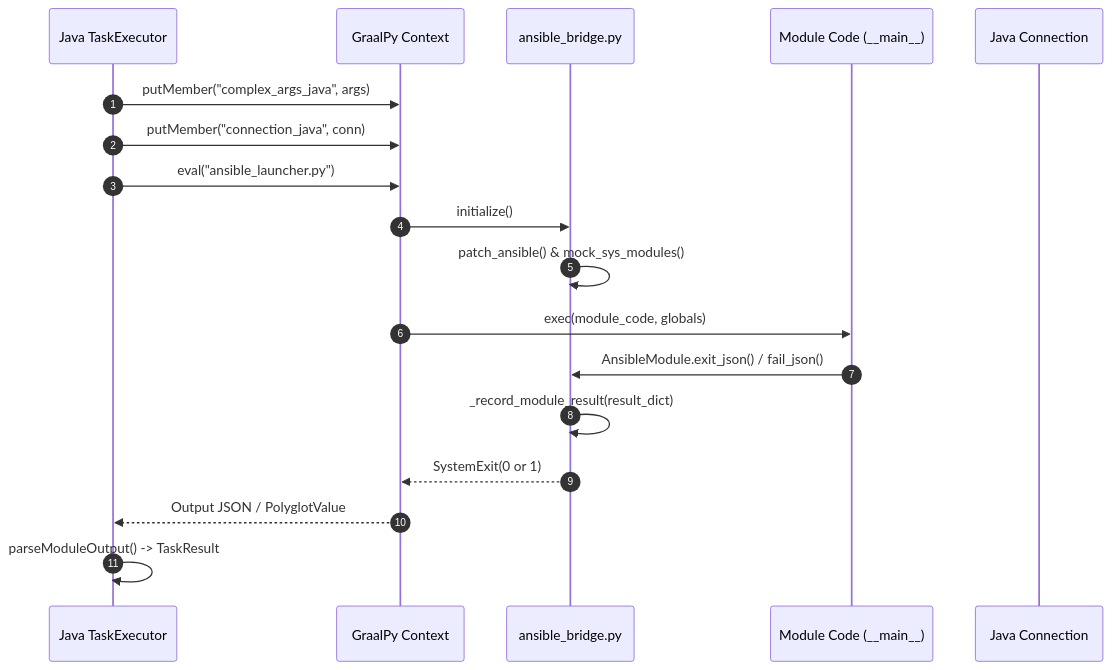
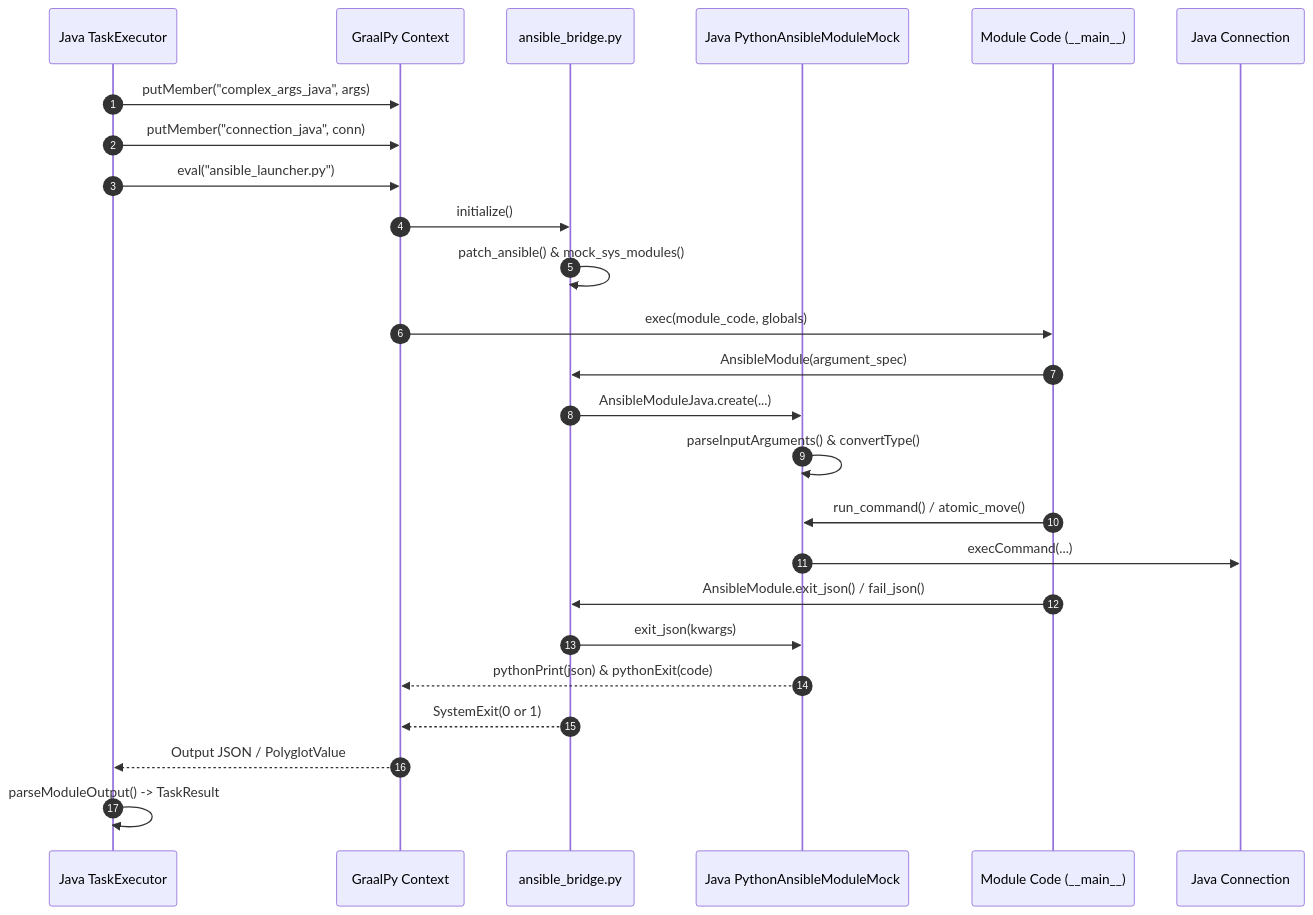
The diagram in docs/implementation/Ansible-Module-Initialization.md (yamanakahirofumi/graal-ansible), drawn with Mermaid before and after one commit. The commit also changed other lines of this file and 1 other file, not shown here.

First line of the commit message:
[追加] docs: AnsibleModule初期化・Javaモック実装仕様の拡充

````diff
--- a/docs/implementation/Ansible-Module-Initialization.md
+++ b/docs/implementation/Ansible-Module-Initialization.md
@@ -101,21 +195,28 @@
 ```mermaid
 sequenceDiagram
     autonumber
     participant TE as Java TaskExecutor
     participant Poly as GraalPy Context
     participant Bridge as ansible_bridge.py
+    participant Mock as Java PythonAnsibleModuleMock
     participant Mod as Module Code (__main__)
     participant Conn as Java Connection
 
     TE->>Poly: putMember("complex_args_java", args)
     TE->>Poly: putMember("connection_java", conn)
     TE->>Poly: eval("ansible_launcher.py")
     Poly->>Bridge: initialize()
     Bridge->>Bridge: patch_ansible() & mock_sys_modules()
     Poly->>Mod: exec(module_code, globals)
+    Mod->>Bridge: AnsibleModule(argument_spec)
+    Bridge->>Mock: AnsibleModuleJava.create(...)
+    Mock->>Mock: parseInputArguments() & convertType()
+    Mod->>Mock: run_command() / atomic_move()
+    Mock->>Conn: execCommand(...)
     Mod->>Bridge: AnsibleModule.exit_json() / fail_json()
-    Bridge->>Bridge: _record_module_result(result_dict)
+    Bridge->>Mock: exit_json(kwargs)
+    Mock-->>Poly: pythonPrint(json) & pythonExit(code)
     Bridge-->>Poly: SystemExit(0 or 1)
     Poly-->>TE: Output JSON / PolyglotValue
     TE->>TE: parseModuleOutput() -> TaskResult
 ```
````
